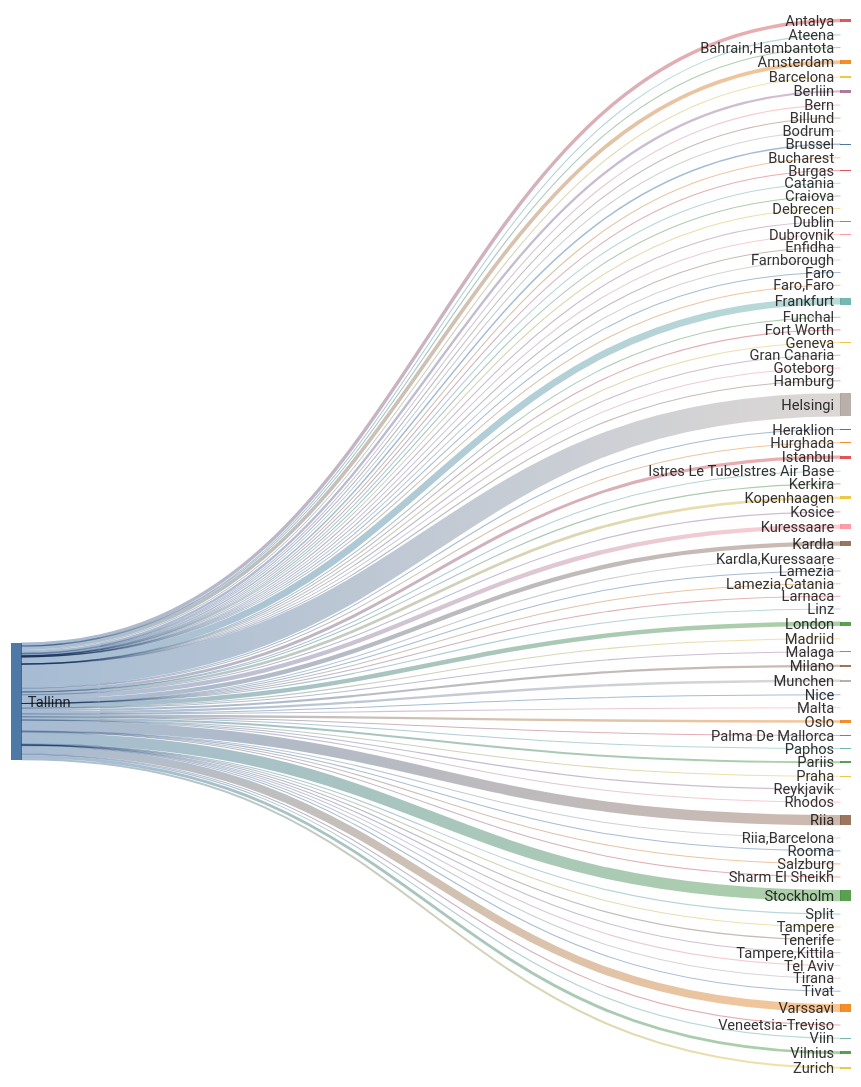
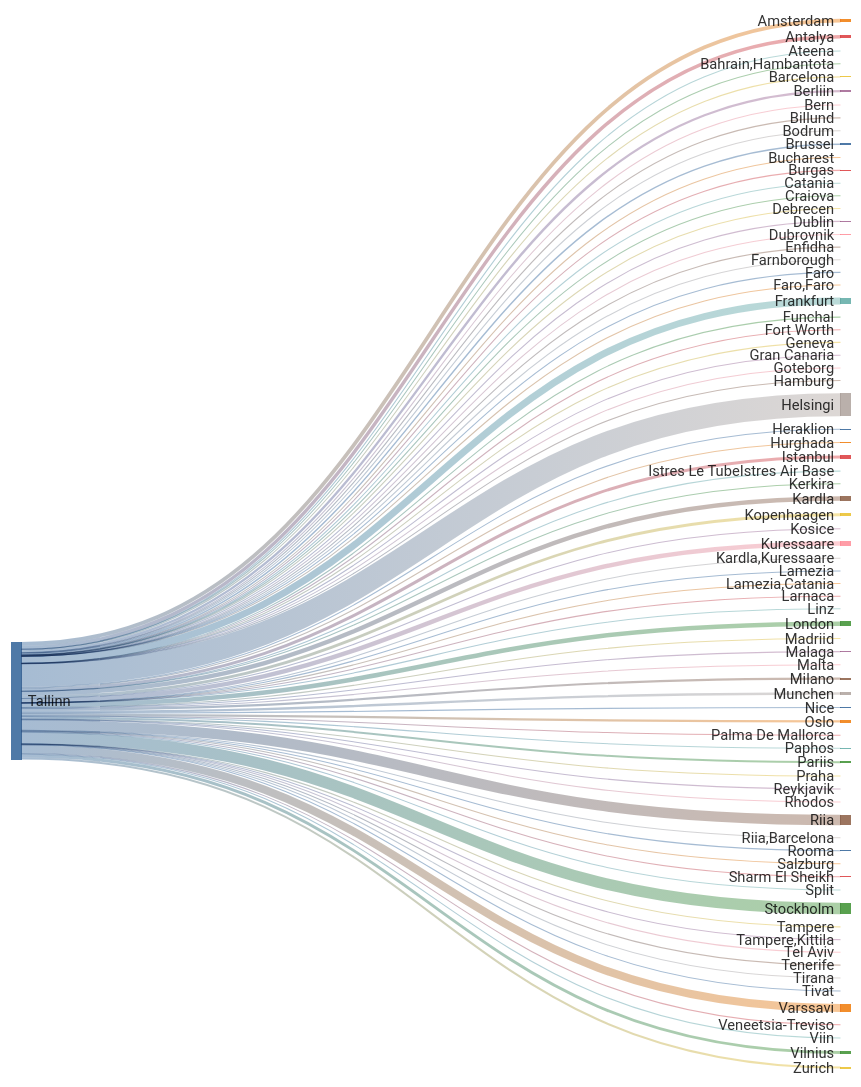
The second of 2 diagrams in README.md (rainermesi/tll-airport-departures), drawn with Mermaid before and after one commit. The commit also changed other lines of this file and 1 other file, not shown here.

````diff
--- a/README.md
+++ b/README.md
@@ -41,18 +41,18 @@
 ---
 sankey-beta
 %% source,target,value
-Tallinn,Amsterdam,465
-Tallinn,Antalya,423
+Tallinn,Amsterdam,467
+Tallinn,Antalya,426
 Tallinn,Ateena,16
 Tallinn,"Bahrain,Hambantota",1
-Tallinn,Barcelona,129
+Tallinn,Barcelona,131
 Tallinn,Berliin,296
 Tallinn,Bern,1
-Tallinn,Billund,74
+Tallinn,Billund,75
 Tallinn,Bodrum,11
 Tallinn,Brussel,182
 Tallinn,Bucharest,1
-Tallinn,Burgas,55
+Tallinn,Burgas,56
 Tallinn,Catania,2
 Tallinn,Craiova,1
 Tallinn,Debrecen,1
@@ -63,59 +63,59 @@
 Tallinn,Faro,4
 Tallinn,"Faro,Faro",1
 Tallinn,Fort Worth,1
-Tallinn,Frankfurt,852
+Tallinn,Frankfurt,855
 Tallinn,Funchal,5
 Tallinn,Geneva,13
 Tallinn,Gran Canaria,38
 Tallinn,Goteborg,2
 Tallinn,Hamburg,2
-Tallinn,Helsingi,2875
-Tallinn,Heraklion,94
+Tallinn,Helsingi,2884
+Tallinn,Heraklion,95
 Tallinn,Hurghada,75
-Tallinn,Istanbul,375
+Tallinn,Istanbul,376
 Tallinn,Istres Le TubeIstres Air Base,2
 Tallinn,Kerkira,4
-Tallinn,Kopenhaagen,343
+Tallinn,Kopenhaagen,345
 Tallinn,Kosice,1
-Tallinn,Kuressaare,546
-Tallinn,Kardla,548
+Tallinn,Kuressaare,547
+Tallinn,Kardla,549
 Tallinn,"Kardla,Kuressaare",1
 Tallinn,Lamezia,1
 Tallinn,"Lamezia,Catania",3
 Tallinn,Larnaca,4
 Tallinn,Linz,2
-Tallinn,London,564
+Tallinn,London,565
 Tallinn,Madriid,3
-Tallinn,Malaga,115
-Tallinn,Malta,27
+Tallinn,Malaga,116
+Tallinn,Malta,28
 Tallinn,Milano,269
 Tallinn,Munchen,290
 Tallinn,Nice,49
 Tallinn,Oslo,292
-Tallinn,Palma De Mallorca,31
+Tallinn,Palma De Mallorca,32
 Tallinn,Paphos,66
 Tallinn,Pariis,249
 Tallinn,Praha,82
-Tallinn,Reykjavik,17
+Tallinn,Reykjavik,18
 Tallinn,Rhodos,57
-Tallinn,Riia,1292
+Tallinn,Riia,1296
 Tallinn,"Riia,Barcelona",1
 Tallinn,Rooma,80
 Tallinn,Salzburg,14
-Tallinn,Sharm El Sheikh,101
+Tallinn,Sharm El Sheikh,102
 Tallinn,Split,50
-Tallinn,Stockholm,1416
+Tallinn,Stockholm,1419
 Tallinn,Tampere,17
 Tallinn,"Tampere,Kittila",21
 Tallinn,Tel Aviv,2
 Tallinn,Tenerife,58
 Tallinn,Tirana,31
 Tallinn,Tivat,62
-Tallinn,Varssavi,992
+Tallinn,Varssavi,995
 Tallinn,Veneetsia-Treviso,67
 Tallinn,Viin,106
 Tallinn,Vilnius,359
-Tallinn,Zurich,254
+Tallinn,Zurich,255
 
 
 ```
````
